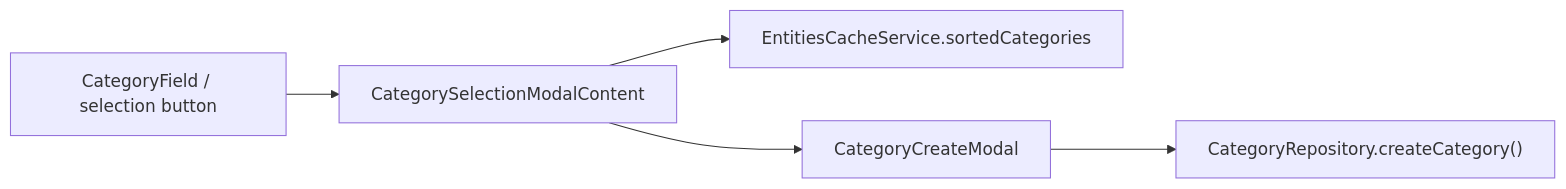
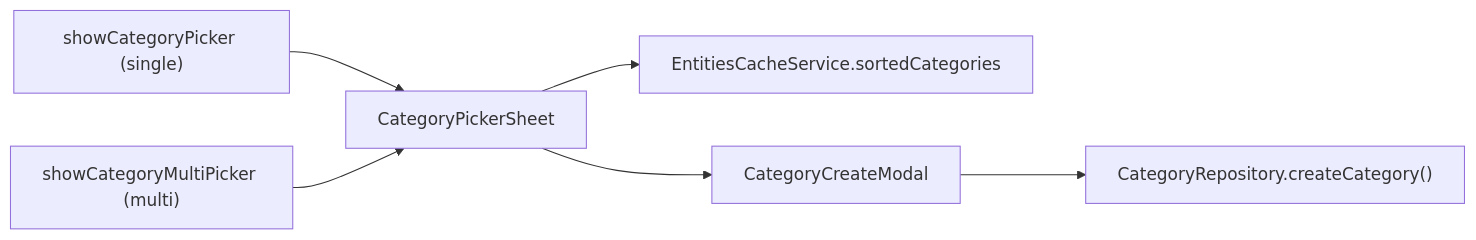
The third of 4 diagrams in lib/features/categories/README.md (matthiasn/lotti), drawn with Mermaid before and after one commit. The commit also changed other lines of this file and 14 other files, not shown here.

First line of the commit message:
refactor: migrate remaining multi-pickers onto CategoryPickerSheet, delete old widgets

````diff
--- a/lib/features/categories/README.md
+++ b/lib/features/categories/README.md
@@ -181,7 +196,8 @@
 ```mermaid
 flowchart LR
-  Field["CategoryField / selection button"] --> Modal["CategorySelectionModalContent"]
-  Modal --> Cache["EntitiesCacheService.sortedCategories"]
-  Modal --> Create["CategoryCreateModal"]
+  Single["showCategoryPicker (single)"] --> Sheet["CategoryPickerSheet"]
+  Multi["showCategoryMultiPicker (multi)"] --> Sheet
+  Sheet --> Cache["EntitiesCacheService.sortedCategories"]
+  Sheet --> Create["CategoryCreateModal"]
   Create --> Repo["CategoryRepository.createCategory()"]
 ```
````
